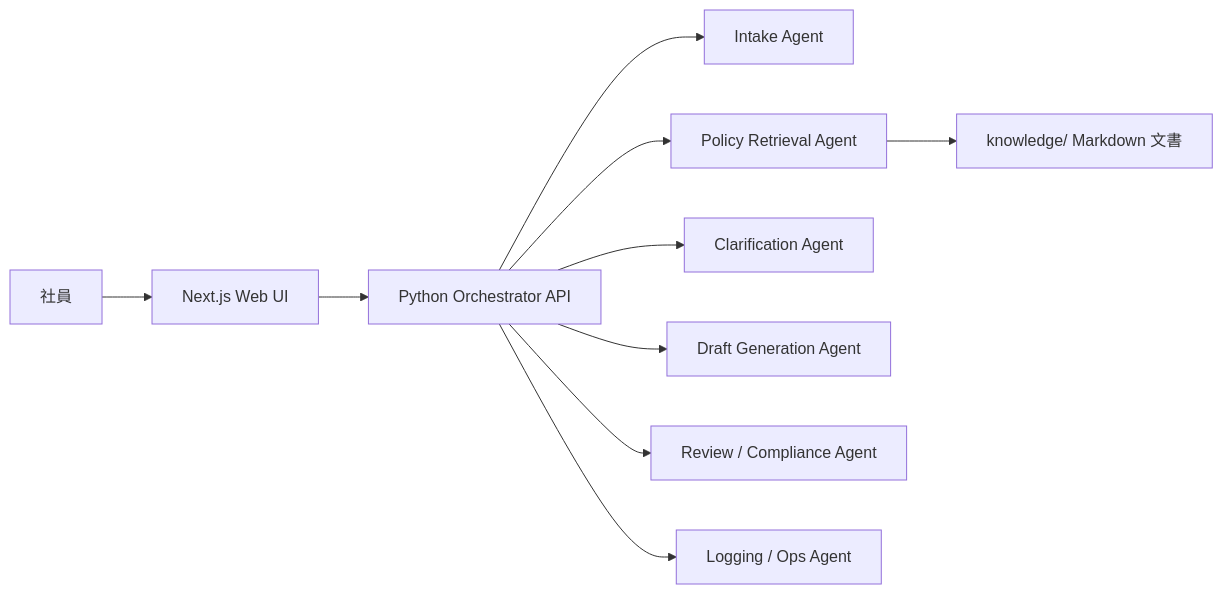
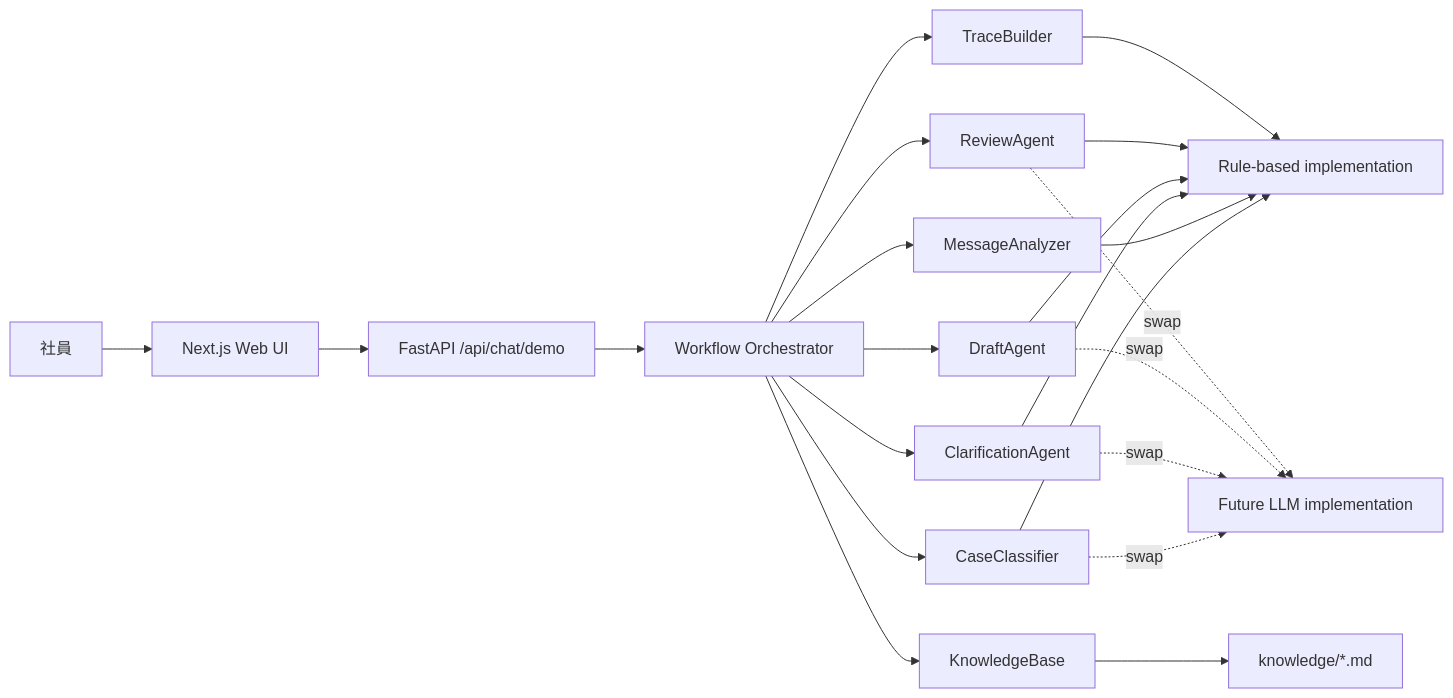
One commit to noki8188/shinsei-agent-navigator changed the diagram in docs/architecture.md. Above: the diagram before and after it, drawn with Mermaid. The commit also changed other lines of this file and 24 other files, not shown here.

````diff
--- a/docs/architecture.md
+++ b/docs/architecture.md
@@ -9,12 +10,24 @@
 ```mermaid
 flowchart LR
     U["社員"] --> F["Next.js Web UI"]
-    F --> B["Python Orchestrator API"]
-    B --> I["Intake Agent"]
-    B --> P["Policy Retrieval Agent"]
-    B --> C["Clarification Agent"]
-    B --> D["Draft Generation Agent"]
-    B --> R["Review / Compliance Agent"]
-    B --> L["Logging / Ops Agent"]
-    P --> K["knowledge/ Markdown 文書"]
+    F --> API["FastAPI /api/chat/demo"]
+    API --> O["Workflow Orchestrator"]
+    O --> CC["CaseClassifier"]
+    O --> MA["MessageAnalyzer"]
+    O --> CA["ClarificationAgent"]
+    O --> DA["DraftAgent"]
+    O --> RA["ReviewAgent"]
+    O --> TB["TraceBuilder"]
+    O --> KB["KnowledgeBase"]
+    KB --> K["knowledge/*.md"]
+    CC --> R1["Rule-based implementation"]
+    MA --> R1
+    CA --> R1
+    DA --> R1
+    RA --> R1
+    TB --> R1
+    CC -. swap .-> L1["Future LLM implementation"]
+    CA -. swap .-> L1
+    DA -. swap .-> L1
+    RA -. swap .-> L1
 ```
````
